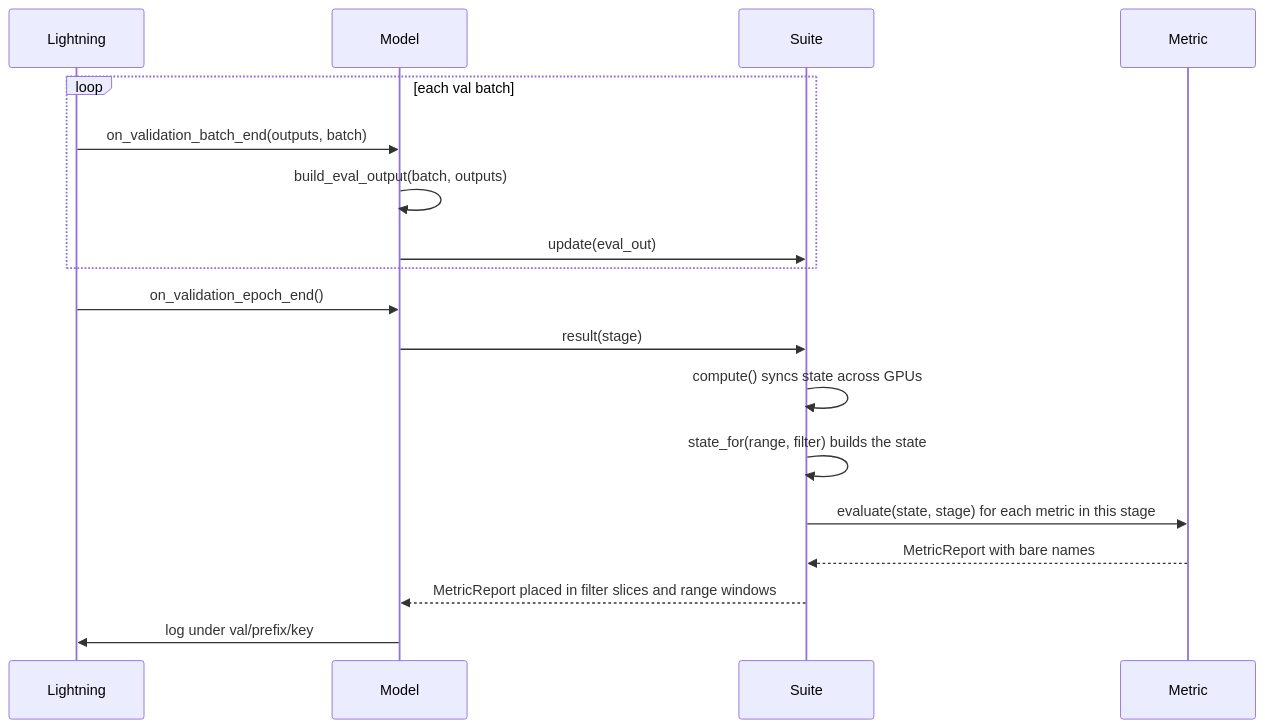
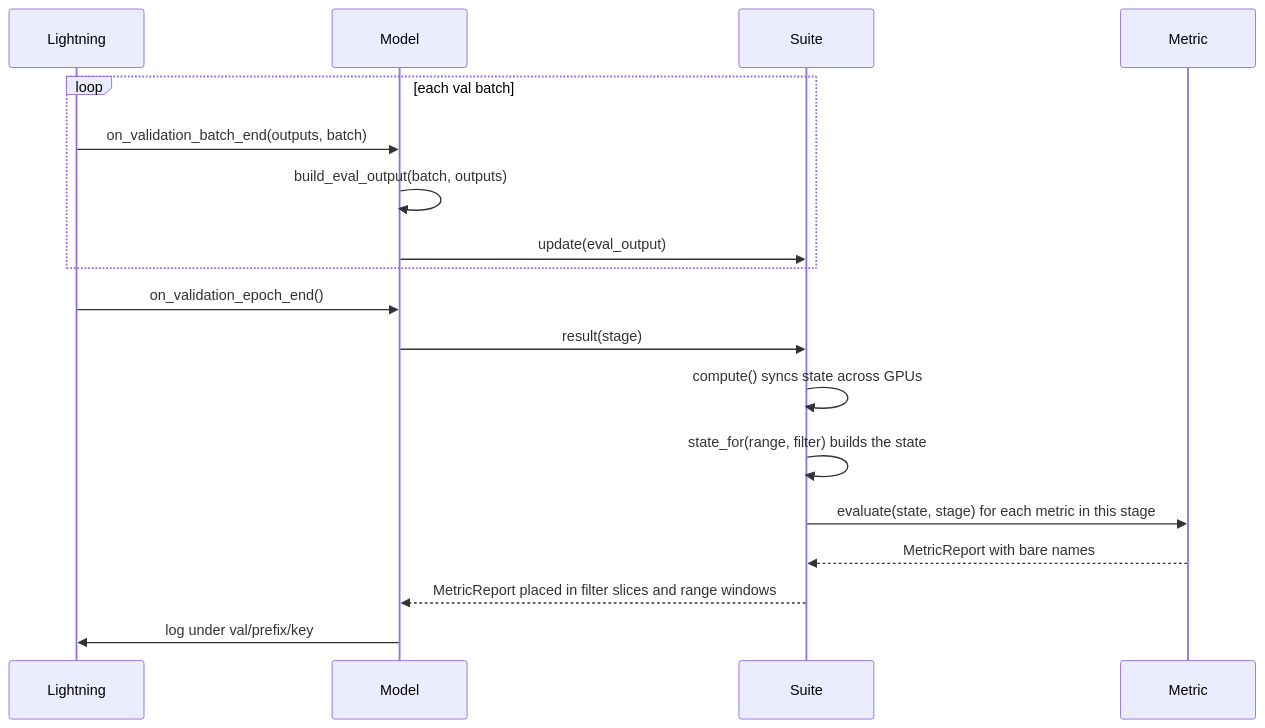
The first of 2 diagrams in docs/framework/metrics.md (tier4/autoware-ml), drawn with Mermaid before and after one commit. The commit also changed other lines of this file and 40 other files, not shown here.

Commit message:
refactor(metrics): hand the suites a typed EvalOutput instead of a flat dict (#253)

````diff
--- a/docs/framework/metrics.md
+++ b/docs/framework/metrics.md
@@ -75,20 +75,20 @@
 ```mermaid
 sequenceDiagram
     participant L as Lightning
     participant M as Model
     participant S as Suite
     participant Me as Metric
     loop each val batch
         L->>M: on_validation_batch_end(outputs, batch)
         M->>M: build_eval_output(batch, outputs)
-        M->>S: update(eval_out)
+        M->>S: update(eval_output)
     end
     L->>M: on_validation_epoch_end()
     M->>S: result(stage)
     S->>S: compute() syncs state across GPUs
     S->>S: state_for(range, filter) builds the state
     S->>Me: evaluate(state, stage) for each metric in this stage
     Me-->>S: MetricReport with bare names
     S-->>M: MetricReport placed in filter slices and range windows
     M->>L: log under val/prefix/key
 ```
````
